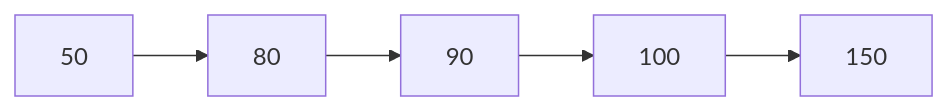
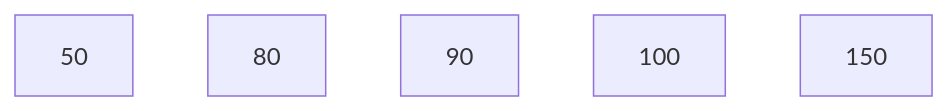
One commit to Moku3956/tech-blog changed the fourth of 22 diagrams in articles/5d46e9e4608404.md. Above: the diagram before and after it, drawn with Mermaid. The commit also changed other lines of this file, not shown here.

Commit message:
配列の図から矢印を削除(リンクリストと誤解されるため)

````diff
--- a/articles/5d46e9e4608404.md
+++ b/articles/5d46e9e4608404.md
@@ -77,4 +77,4 @@
 ```mermaid
 graph LR
-    A["50"] --> B["80"] --> C["90"] --> D["100"] --> E["150"]
+    A["50"] ~~~ B["80"] ~~~ C["90"] ~~~ D["100"] ~~~ E["150"]
 ```
````
